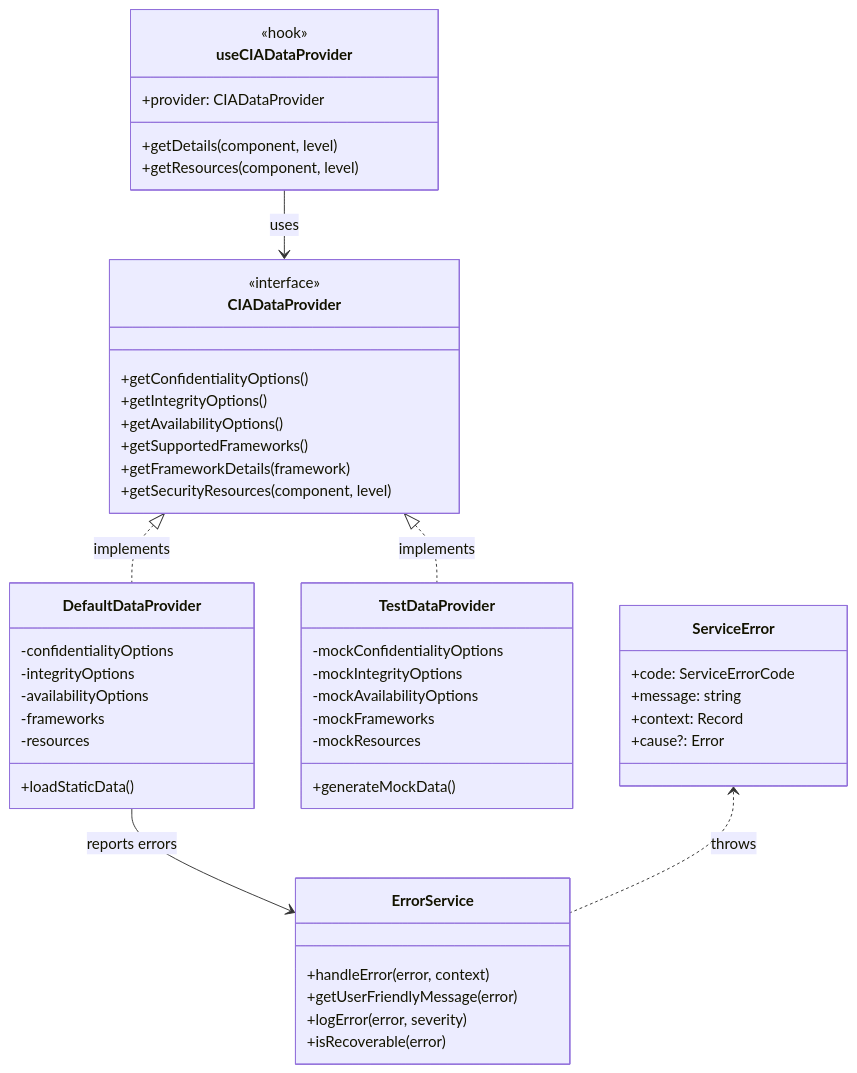
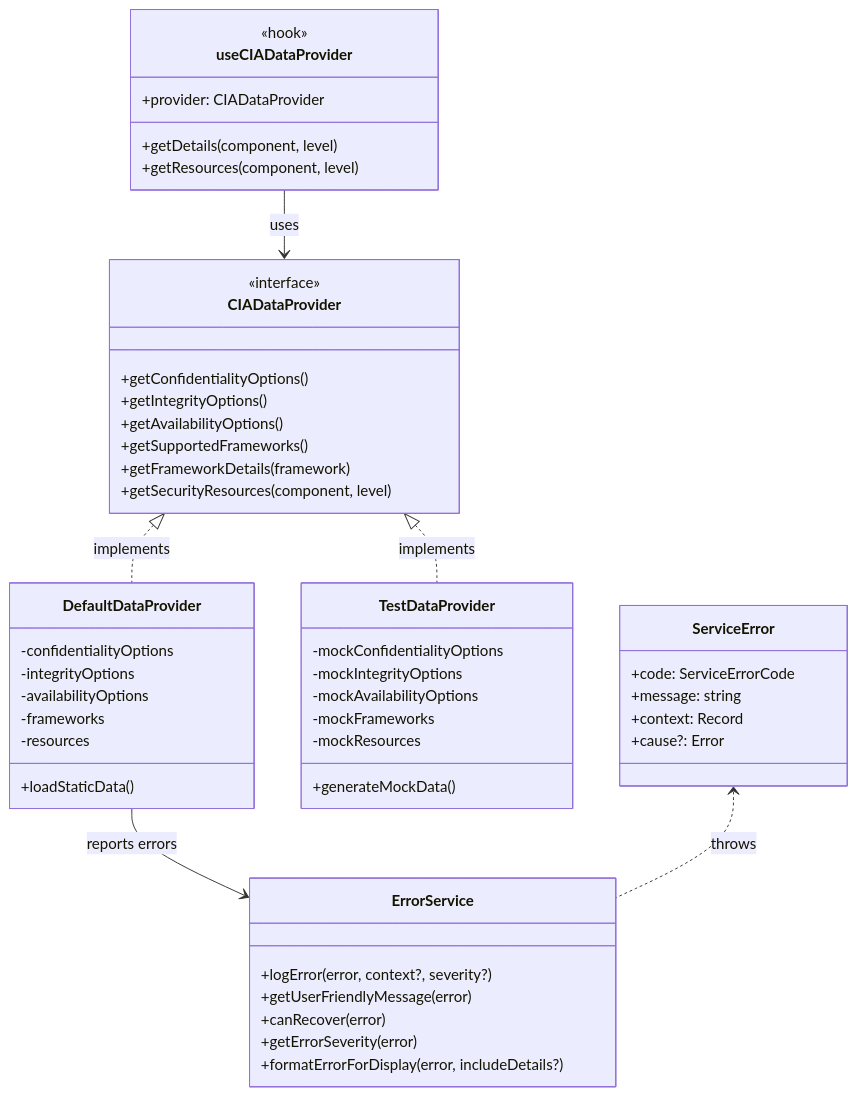
The third of 6 diagrams in docs/architecture/DATA_MODEL.md (Hack23/cia-compliance-manager), drawn with Mermaid before and after one commit. The commit also changed 1 other file, not shown here.

Commit message:
fix: use distinct output dir for typedoc.json and correct ErrorService API in DATA_MODEL.md

````diff
--- a/docs/architecture/DATA_MODEL.md
+++ b/docs/architecture/DATA_MODEL.md
@@ -1220,58 +1220,59 @@
 ```mermaid
 classDiagram
     class CIADataProvider {
         <<interface>>
         +getConfidentialityOptions()
         +getIntegrityOptions()
         +getAvailabilityOptions()
         +getSupportedFrameworks()
         +getFrameworkDetails(framework)
         +getSecurityResources(component, level)
     }
     
     class DefaultDataProvider {
         -confidentialityOptions
         -integrityOptions
         -availabilityOptions
         -frameworks
         -resources
         +loadStaticData()
     }
     
     class TestDataProvider {
         -mockConfidentialityOptions
         -mockIntegrityOptions
         -mockAvailabilityOptions
         -mockFrameworks
         -mockResources
         +generateMockData()
     }
     
     class ErrorService {
-        +handleError(error, context)
+        +logError(error, context?, severity?)
         +getUserFriendlyMessage(error)
-        +logError(error, severity)
-        +isRecoverable(error)
+        +canRecover(error)
+        +getErrorSeverity(error)
+        +formatErrorForDisplay(error, includeDetails?)
     }
     
     class ServiceError {
         +code: ServiceErrorCode
         +message: string
         +context: Record
         +cause?: Error
     }
     
     CIADataProvider <|.. DefaultDataProvider : implements
     CIADataProvider <|.. TestDataProvider : implements
     
     class useCIADataProvider {
         <<hook>>
         +provider: CIADataProvider
         +getDetails(component, level)
         +getResources(component, level)
     }
     
     useCIADataProvider --> CIADataProvider : uses
     DefaultDataProvider --> ErrorService : reports errors
     ServiceError <.. ErrorService : throws
 ```
````
